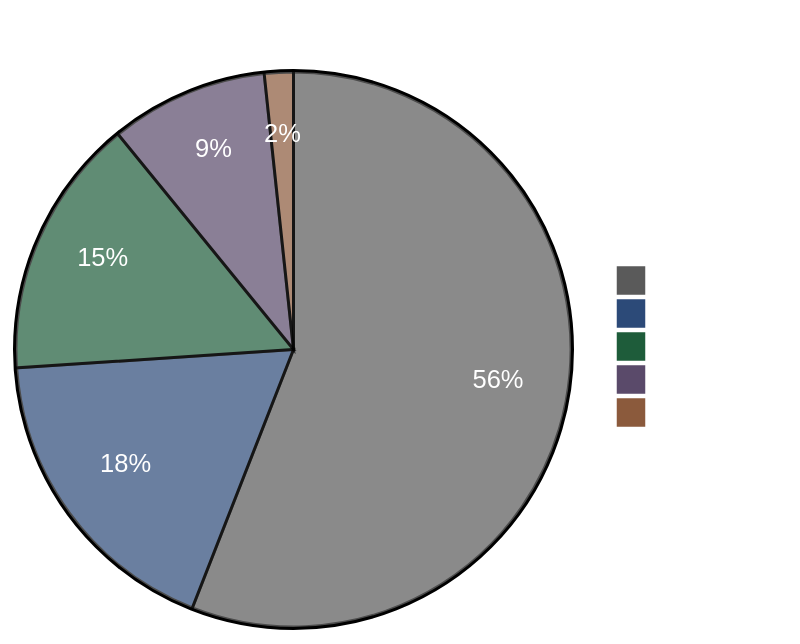
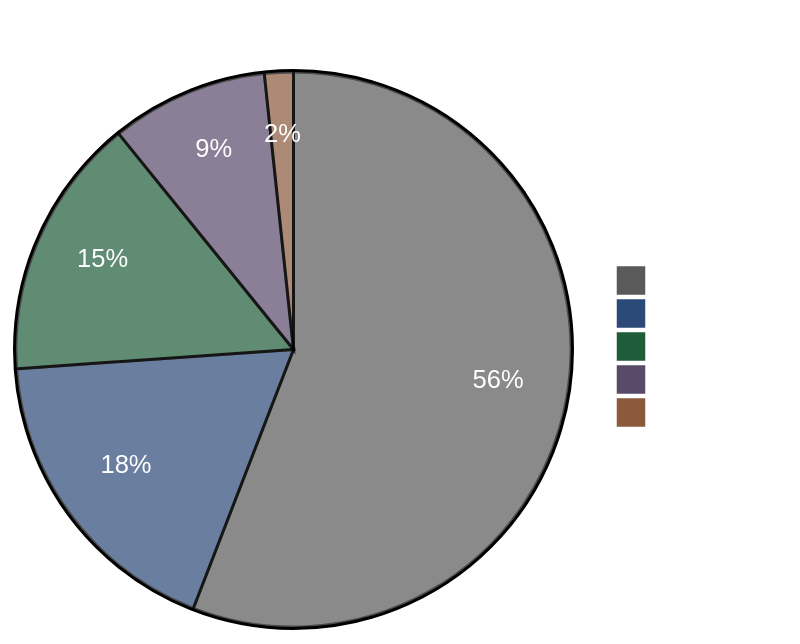
The diagram in README.md (ccmeteorljh/reco-arxiv-daily), drawn with Mermaid before and after one commit. The commit also changed other lines of this file and 7 other files, not shown here.

````diff
--- a/README.md
+++ b/README.md
@@ -6,19 +6,19 @@
 ```mermaid
 %%{init: {'theme':'base', 'themeVariables': {
   'pie1':'#5a5a5a',
   'pie2':'#2c4a78',
   'pie3':'#1e5c3a',
   'pie4':'#5a4a6a',
   'pie5':'#8b5a3c',
   'pieTitleTextColor':'#ffffff',
   'pieSectionTextColor':'#ffffff',
   'pieLegendTextColor':'#ffffff'
 }}}%%
 pie showData
 title Paper Distribution by Tag
-  "Other" : 730
-  "LLM" : 235
-  "GR" : 198
+  "Other" : 732
+  "LLM" : 236
+  "GR" : 200
   "Seq" : 120
   "Scaling" : 22
 ```
````
